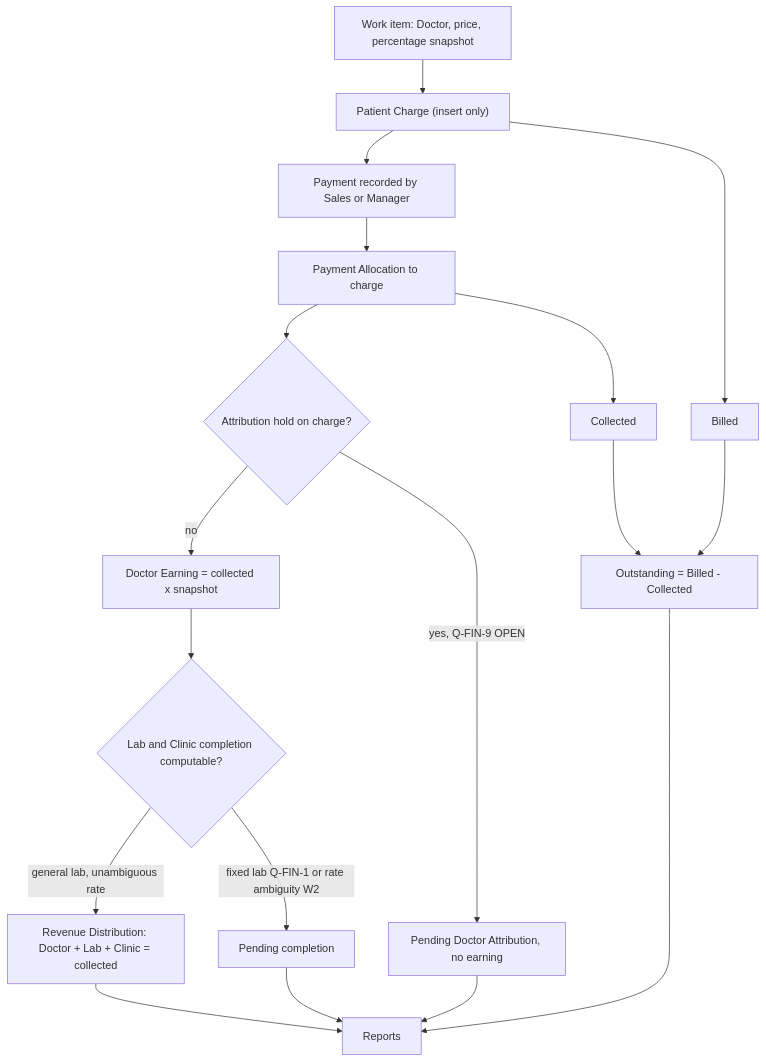
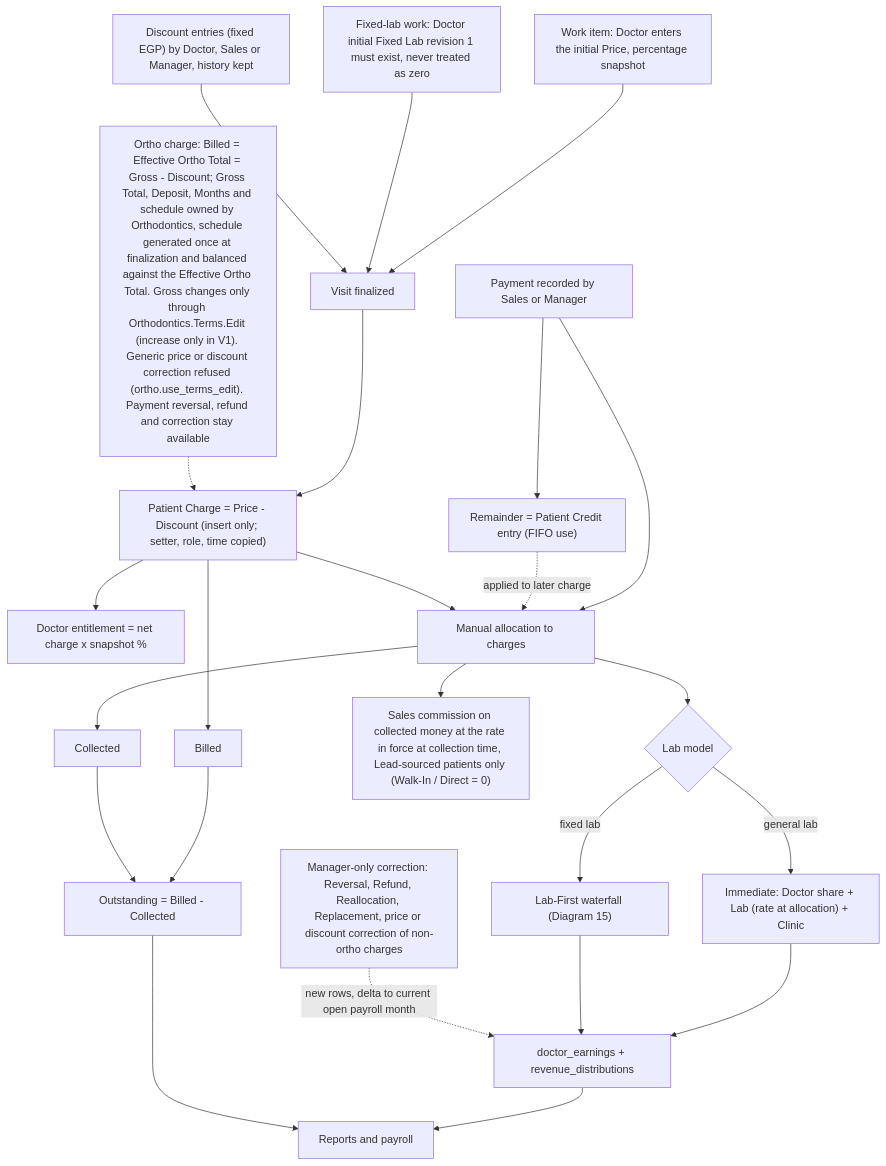
One commit to mostafaabdullah11/Dental-clinical-system changed diagram 14 of 26 in docs/DIAGRAMS.md. Above: the diagram before and after it, drawn with Mermaid. The commit also changed other lines of this file and 51 other files, not shown here.

````diff
--- a/docs/DIAGRAMS.md
+++ b/docs/DIAGRAMS.md
@@ -401,20 +452,26 @@
 ```mermaid
 flowchart TD
-    WI["Work item: Doctor, price, percentage snapshot"] --> CH["Patient Charge (insert only)"]
-    CH --> PM["Payment recorded by Sales or Manager"]
-    PM --> AL["Payment Allocation to charge"]
-    AL --> HOLD{"Attribution hold on charge?"}
-    HOLD -->|"no"| DE["Doctor Earning = collected x snapshot"]
-    HOLD -->|"yes, Q-FIN-9 OPEN"| PEND["Pending Doctor Attribution, no earning"]
-    DE --> CMP{"Lab and Clinic completion computable?"}
-    CMP -->|"general lab, unambiguous rate"| RD["Revenue Distribution: Doctor + Lab + Clinic = collected"]
-    CMP -->|"fixed lab Q-FIN-1 or rate ambiguity W2"| PC["Pending completion"]
+    WI["Work item: Doctor enters the initial Price, percentage snapshot"] --> VF["Visit finalized"]
+    FLI["Fixed-lab work: Doctor initial Fixed Lab revision 1 must exist, never treated as zero"] --> VF
+    DIS["Discount entries (fixed EGP) by Doctor, Sales or Manager, history kept"] --> VF
+    VF --> CH["Patient Charge = Price - Discount (insert only; setter, role, time copied)"]
+    CH --> ENT["Doctor entitlement = net charge x snapshot %"]
+    PM["Payment recorded by Sales or Manager"] --> AL["Manual allocation to charges"]
+    PM --> PC["Remainder = Patient Credit entry (FIFO use)"]
+    PC -.->|"applied to later charge"| AL
+    CH --> AL
+    AL --> LM{"Lab model"}
+    LM -->|"general lab"| GR["Immediate: Doctor share + Lab (rate at allocation) + Clinic"]
+    LM -->|"fixed lab"| WF["Lab-First waterfall (Diagram 15)"]
+    GR --> RD["doctor_earnings + revenue_distributions"]
+    WF --> RD
     AL --> COL["Collected"]
+    AL --> SC["Sales commission on collected money at the rate in force at collection time, Lead-sourced patients only (Walk-In / Direct = 0)"]
     CH --> BILL["Billed"]
     BILL --> OUT["Outstanding = Billed - Collected"]
     COL --> OUT
-    RD --> REP["Reports"]
-    PC --> REP
-    PEND --> REP
+    RD --> REP["Reports and payroll"]
     OUT --> REP
+    MC["Manager-only correction: Reversal, Refund, Reallocation, Replacement, price or discount correction of non-ortho charges"] -.->|"new rows, delta to current open payroll month"| RD
+    ORTC["Ortho charge: Billed = Effective Ortho Total = Gross - Discount; Gross Total, Deposit, Months and schedule owned by Orthodontics, schedule generated once at finalization and balanced against the Effective Ortho Total. Gross changes only through Orthodontics.Terms.Edit (increase only in V1). Generic price or discount correction refused (ortho.use_terms_edit). Payment reversal, refund and correction stay available"] -.-> CH
 ```
````
